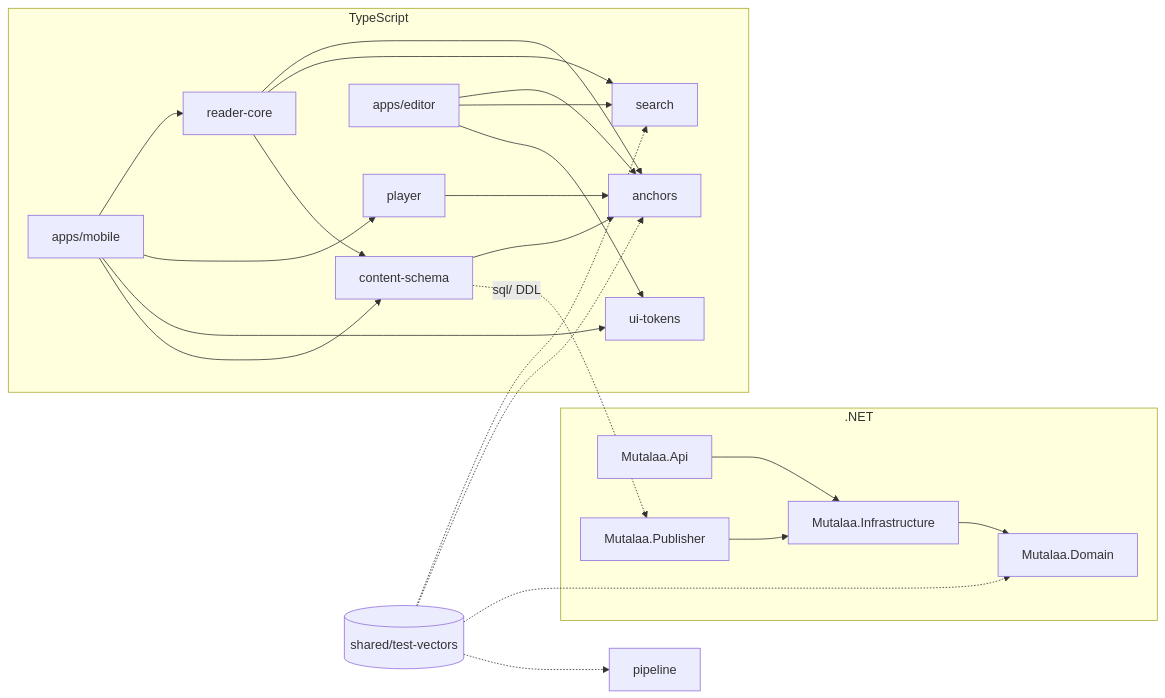
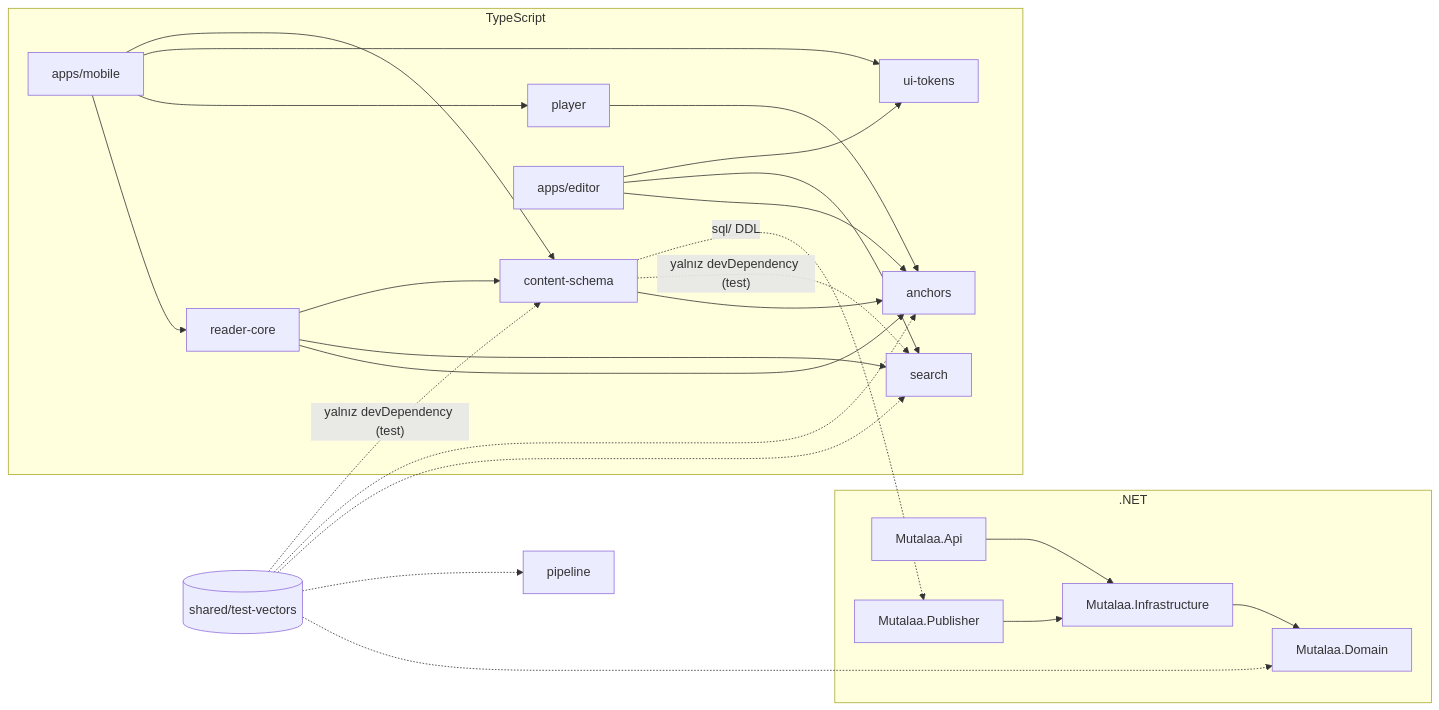
Before and after one commit to karasaid379-hue/mutalaa: the diagram in docs/02-mimari/03-proje-yapisi.md, drawn with Mermaid. The commit also changed other lines of this file and 10 other files, not shown here.

````diff
--- a/docs/02-mimari/03-proje-yapisi.md
+++ b/docs/02-mimari/03-proje-yapisi.md
@@ -118,27 +118,29 @@
 ```mermaid
 flowchart LR
   subgraph TS["TypeScript"]
     MOB["apps/mobile"] --> RC["reader-core"]
     MOB --> PL["player"]
     MOB --> UT["ui-tokens"]
     MOB --> CS["content-schema"]
     EDI["apps/editor"] --> AN["anchors"]
     EDI --> SE["search"]
     EDI --> UT
     RC --> AN
     RC --> SE
     RC --> CS
     CS --> AN
+    CS -.->|"yalnız devDependency (test)"| SE
     PL --> AN
   end
   subgraph NET[".NET"]
     API["Mutalaa.Api"] --> INF["Mutalaa.Infrastructure"]
     PUB["Mutalaa.Publisher"] --> INF
     INF --> DOM["Mutalaa.Domain"]
   end
   TV[("shared/test-vectors")] -.-> SE
   TV -.-> AN
+  TV -.->|"yalnız devDependency (test)"| CS
   TV -.-> DOM
   TV -.-> PY["pipeline"]
   CS -.->|"sql/ DDL"| PUB
 ```
````
